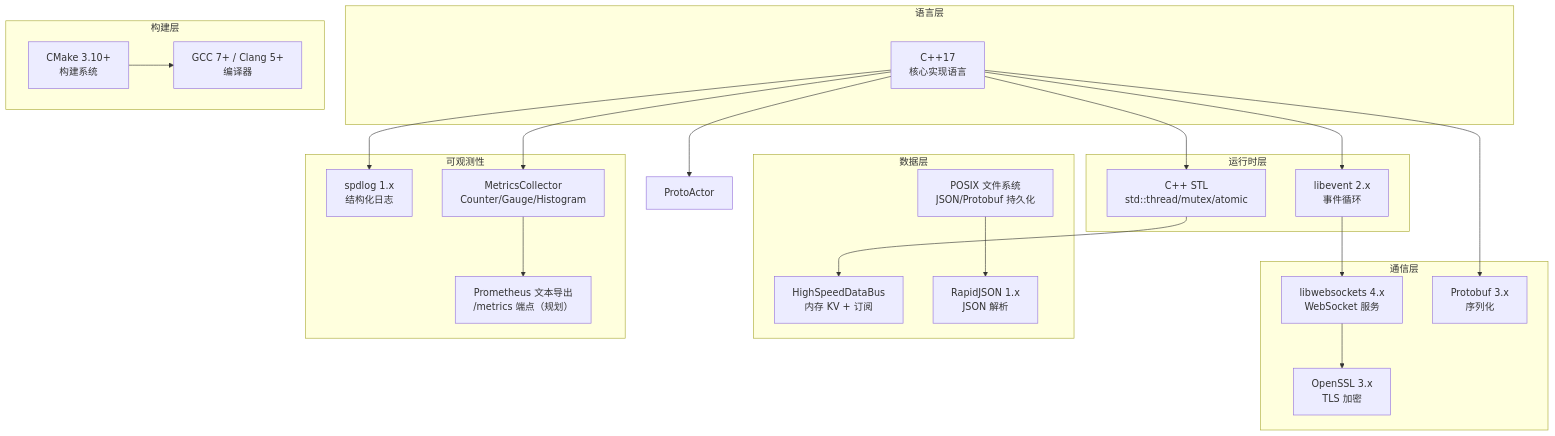
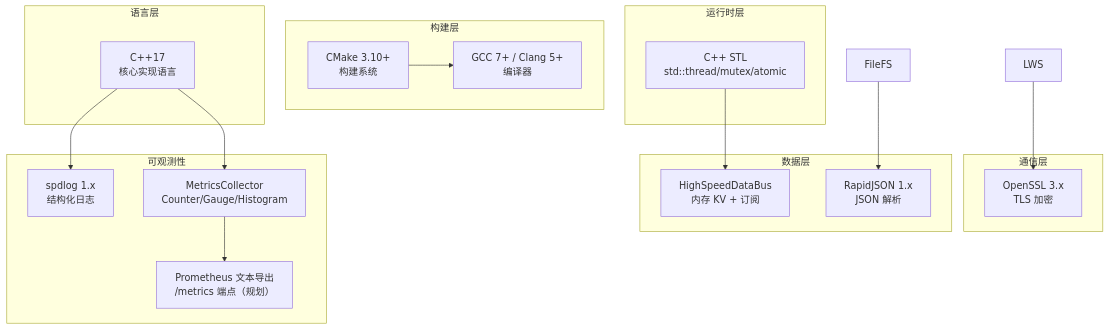
Diagram 11 of 17 in docs/ARCHITECTURE.md (xyz11274/agentf), drawn with Mermaid before and after one commit. The commit also changed other lines of this file and 29 other files, not shown here.

````diff
--- a/docs/ARCHITECTURE.md
+++ b/docs/ARCHITECTURE.md
@@ -762,44 +755,37 @@
 ```mermaid
 graph TB
     subgraph Language["语言层"]
         CPP17["C++17\n核心实现语言"]
     end
 
     subgraph BuildSystem["构建层"]
         CMake["CMake 3.10+\n构建系统"]
         GCC["GCC 7+ / Clang 5+\n编译器"]
     end
 
     subgraph Runtime["运行时层"]
         STL["C++ STL\nstd::thread/mutex/atomic"]
-        libevent["libevent 2.x\n事件循环"]
     end
 
     subgraph Communication["通信层"]
-        LWS["libwebsockets 4.x\nWebSocket 服务"]
         OpenSSL["OpenSSL 3.x\nTLS 加密"]
-        Protobuf["Protobuf 3.x\n序列化"]
     end
 
     subgraph Data["数据层"]
         InMemKV["HighSpeedDataBus\n内存 KV + 订阅"]
-        FileFS["POSIX 文件系统\nJSON/Protobuf 持久化"]
         RapidJSON["RapidJSON 1.x\nJSON 解析"]
     end
 
     subgraph Observability["可观测性"]
         spdlog["spdlog 1.x\n结构化日志"]
         MetricsLib["MetricsCollector\nCounter/Gauge/Histogram"]
         PromeExport["Prometheus 文本导出\n/metrics 端点（规划）"]
     end
 
-    CPP17 --> STL & libevent
     CMake --> GCC
     STL --> InMemKV
-    libevent --> LWS
     LWS --> OpenSSL
-    CPP17 --> Protobuf & ProtoActor
     FileFS --> RapidJSON
     CPP17 --> spdlog & MetricsLib
     MetricsLib --> PromeExport
 ```
````
